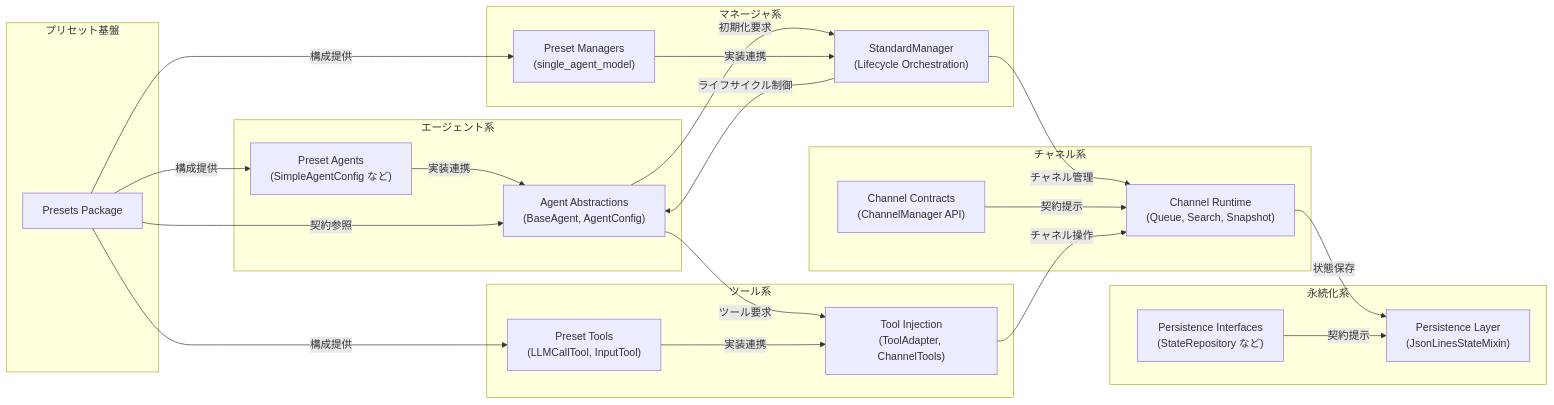
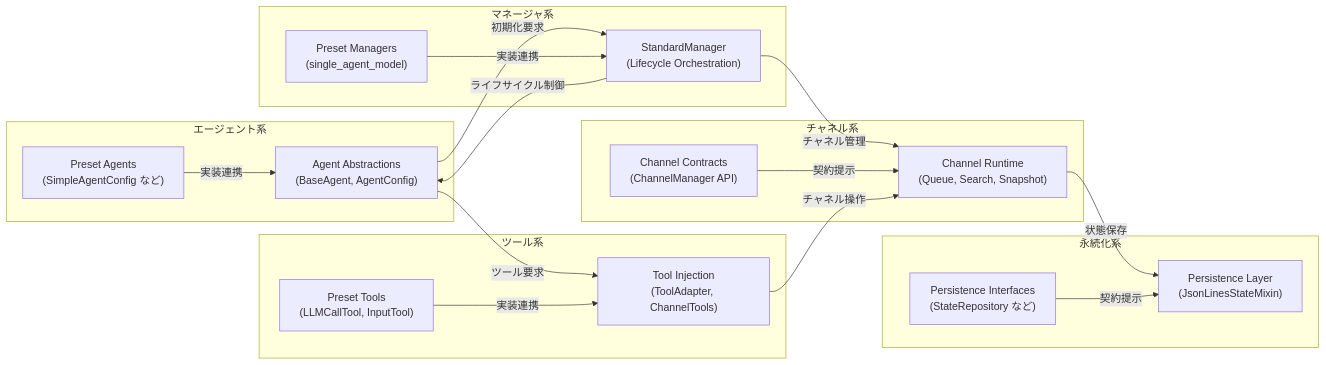
Before and after one commit to n-kats/ai-agents: the diagram in docs/library_structure.md, drawn with Mermaid. The commit also changed 1 other file, not shown here.

````diff
--- a/docs/library_structure.md
+++ b/docs/library_structure.md
@@ -7,47 +7,39 @@
 ```mermaid
 graph LR
     subgraph Agents["エージェント系"]
         agent_api["Agent Abstractions<br/>(BaseAgent, AgentConfig)"]
         preset_agents["Preset Agents<br/>(SimpleAgentConfig など)"]
     end
 
     subgraph Managers["マネージャ系"]
         manager_layer["StandardManager<br/>(Lifecycle Orchestration)"]
         preset_managers["Preset Managers<br/>(single_agent_model)"]
     end
 
     subgraph Channels["チャネル系"]
         channel_contracts["Channel Contracts<br/>(ChannelManager API)"]
         channel_runtime["Channel Runtime<br/>(Queue, Search, Snapshot)"]
     end
 
     subgraph Persistence["永続化系"]
         persistence_contracts["Persistence Interfaces<br/>(StateRepository など)"]
         persistence_runtime["Persistence Layer<br/>(JsonLinesStateMixin)"]
     end
 
     subgraph Tooling["ツール系"]
         tool_injection["Tool Injection<br/>(ToolAdapter, ChannelTools)"]
         preset_tools["Preset Tools<br/>(LLMCallTool, InputTool)"]
     end
 
-    subgraph Presets["プリセット基盤"]
-        presets["Presets Package"]
-    end
-
     agent_api -->|初期化要求| manager_layer
     manager_layer -->|ライフサイクル制御| agent_api
     manager_layer -->|チャネル管理| channel_runtime
     channel_contracts -->|契約提示| channel_runtime
     channel_runtime -->|状態保存| persistence_runtime
     persistence_contracts -->|契約提示| persistence_runtime
     agent_api -->|ツール要求| tool_injection
     tool_injection -->|チャネル操作| channel_runtime
-    presets -->|構成提供| preset_managers
-    presets -->|構成提供| preset_agents
-    presets -->|構成提供| preset_tools
     preset_managers -->|実装連携| manager_layer
     preset_agents -->|実装連携| agent_api
     preset_tools -->|実装連携| tool_injection
-    presets -->|契約参照| agent_api
 ```
````
